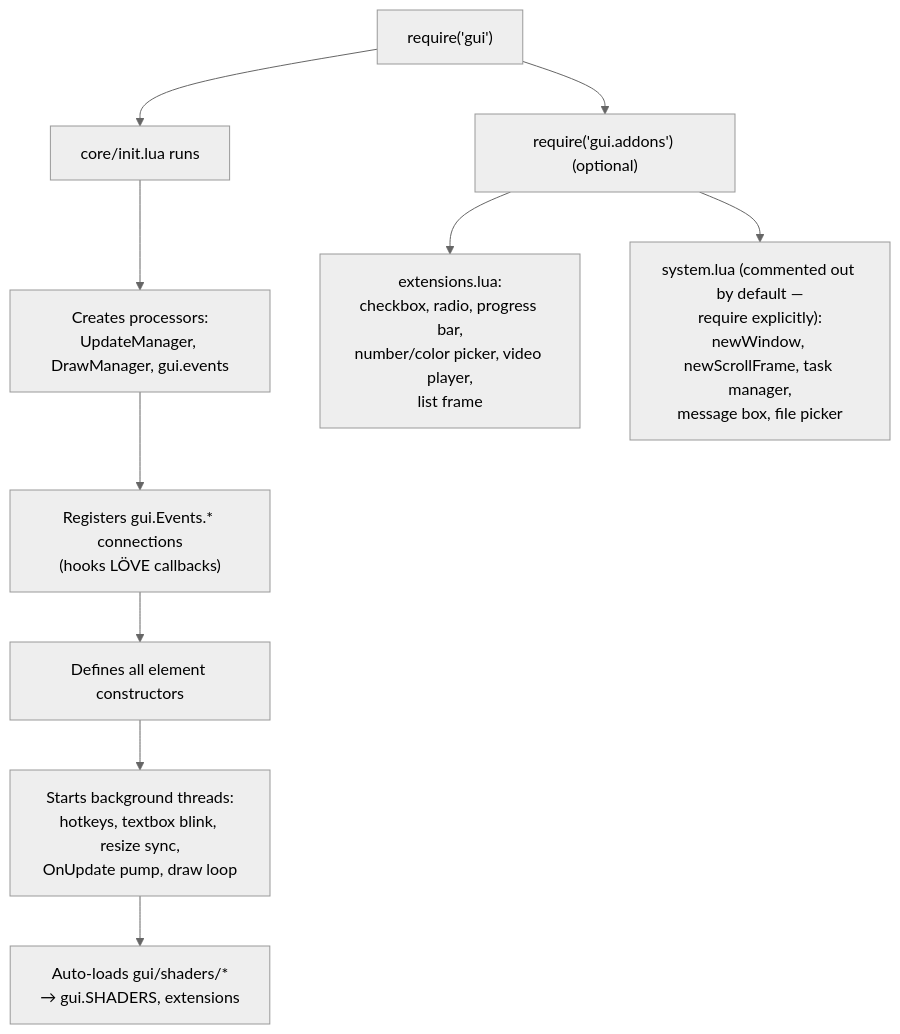
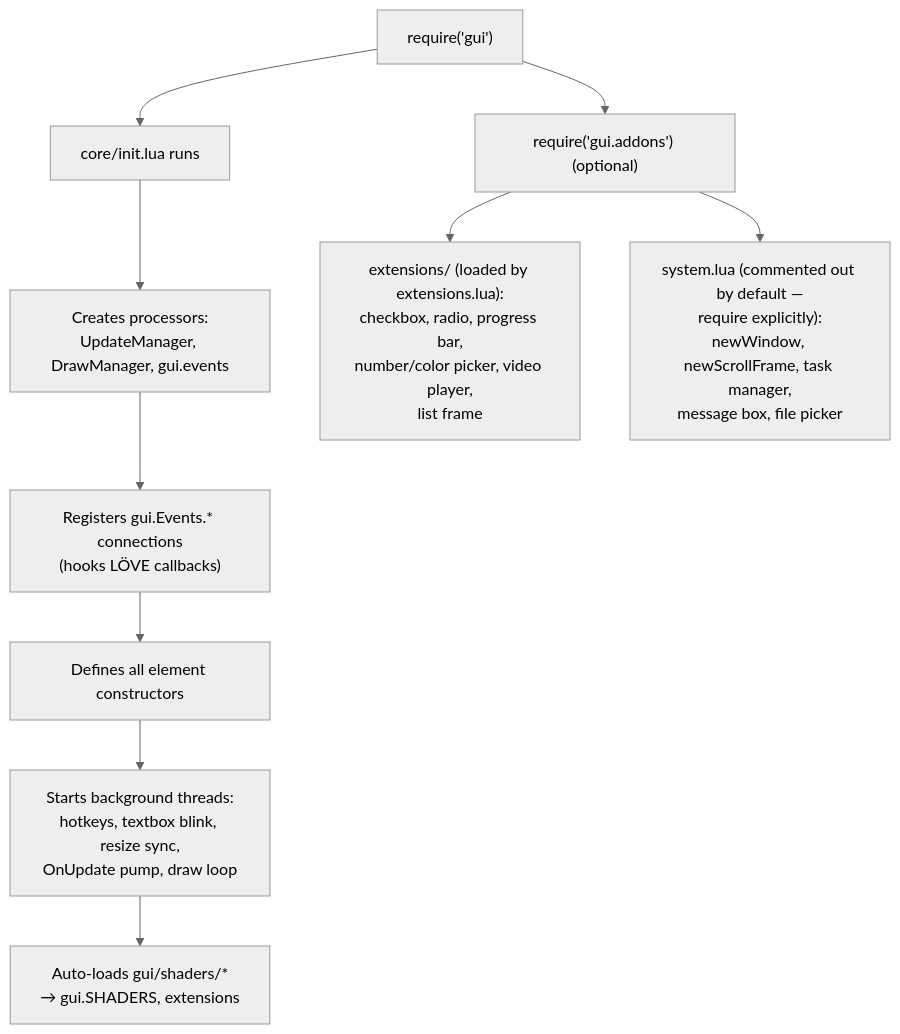
Before and after one commit to rayaman/gui: the diagram in docs/README.md, drawn with Mermaid (neutral theme). The commit also changed other lines of this file and 17 other files, not shown here.

````diff
--- a/docs/README.md
+++ b/docs/README.md
@@ -68,12 +70,12 @@
 ```mermaid
 flowchart TD
     A["require('gui')"] --> B["core/init.lua runs"]
     B --> B1["Creates processors:<br/>UpdateManager, DrawManager, gui.events"]
     B1 --> B2["Registers gui.Events.* connections<br/>(hooks LÖVE callbacks)"]
     B2 --> B3["Defines all element constructors"]
     B3 --> B4["Starts background threads:<br/>hotkeys, textbox blink, resize sync,<br/>OnUpdate pump, draw loop"]
     B4 --> B5["Auto-loads gui/shaders/*<br/>→ gui.SHADERS, extensions"]
     A --> C["require('gui.addons') (optional)"]
-    C --> C1["extensions.lua:<br/>checkbox, radio, progress bar,<br/>number/color picker, video player,<br/>list frame"]
+    C --> C1["extensions/ (loaded by extensions.lua):<br/>checkbox, radio, progress bar,<br/>number/color picker, video player,<br/>list frame"]
     C --> C2["system.lua (commented out by default —<br/>require explicitly):<br/>newWindow, newScrollFrame, task manager,<br/>message box, file picker"]
 ```
````
